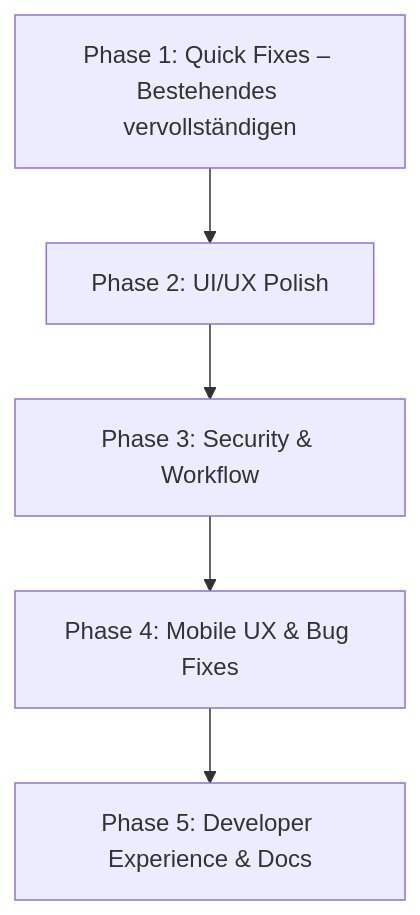
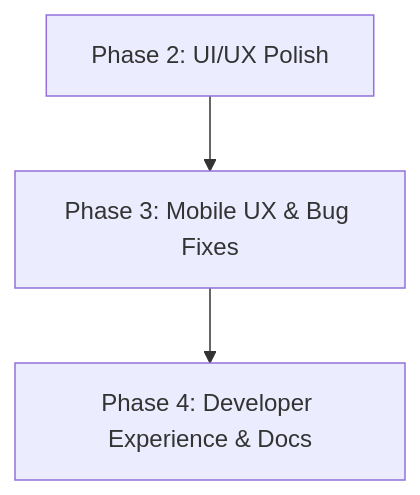
Before and after one commit to Shik3i/KoalaSnippets: the diagram in docs/ROADMAP.md, drawn with Mermaid. The commit also changed other lines of this file, not shown here.

First line of the commit message:
docs: clean up roadmap — remove 8 implemented items, add completion rule

````diff
--- a/docs/ROADMAP.md
+++ b/docs/ROADMAP.md
@@ -33,7 +35,5 @@
 ```mermaid
 graph TD
-    Phase1[Phase 1: Quick Fixes – Bestehendes vervollständigen] --> Phase2[Phase 2: UI/UX Polish]
-    Phase2 --> Phase3[Phase 3: Security & Workflow]
-    Phase3 --> Phase4[Phase 4: Mobile UX & Bug Fixes]
-    Phase4 --> Phase5[Phase 5: Developer Experience & Docs]
+    Phase2[Phase 2: UI/UX Polish] --> Phase3[Phase 3: Mobile UX & Bug Fixes]
+    Phase3 --> Phase4[Phase 4: Developer Experience & Docs]
 ```
````
